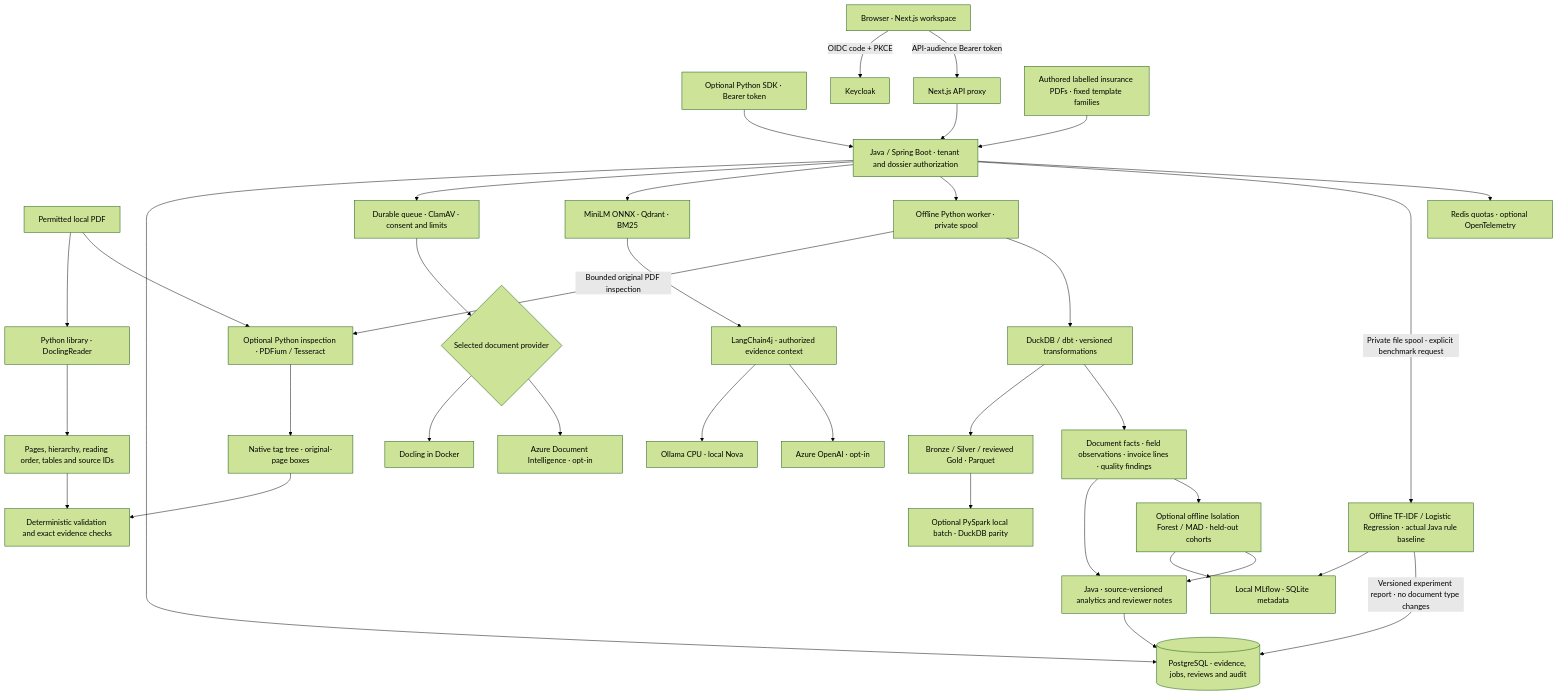
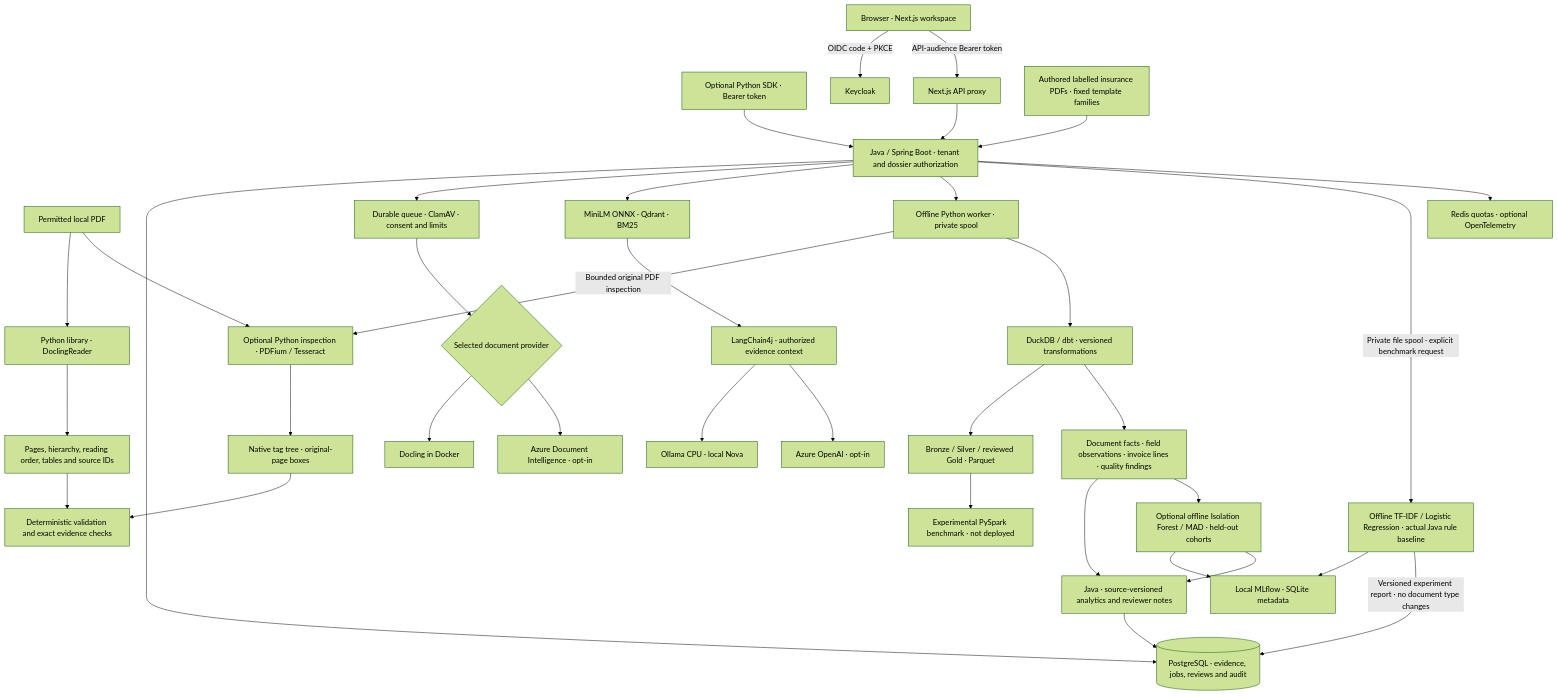
One commit to quocvietphung/document-intelligence-lab changed the diagram in README.md. Above: the diagram before and after it, drawn with Mermaid (forest theme). The commit also changed other lines of this file and 1 other file, not shown here.

First line of the commit message:
docs: document the production stack and the Spark experiment

````diff
--- a/README.md
+++ b/README.md
@@ -371,38 +387,38 @@
 ```mermaid
 flowchart TD
     PDF[Permitted local PDF] --> PY[Python library · DoclingReader]
     PY --> EV[Pages, hierarchy, reading order, tables and source IDs]
     EV --> V[Deterministic validation and exact evidence checks]
     PDF --> INSPECT[Optional Python inspection · PDFium / Tesseract]
     INSPECT --> GEOM[Native tag tree · original-page boxes]
     GEOM --> V
     SDK[Optional Python SDK · Bearer token] --> JAVA
     B[Browser · Next.js workspace] -->|OIDC code + PKCE| K[Keycloak]
     B -->|API-audience Bearer token| N[Next.js API proxy]
     N --> JAVA[Java / Spring Boot · tenant and dossier authorization]
     JAVA --> DB[(PostgreSQL · evidence, jobs, reviews and audit)]
     JAVA --> Q[Durable queue · ClamAV · consent and limits]
     Q --> D{Selected document provider}
     D --> DC[Docling in Docker]
     D --> AZD[Azure Document Intelligence · opt-in]
     JAVA --> R[MiniLM ONNX · Qdrant · BM25]
     R --> LC[LangChain4j · authorized evidence context]
     LC --> OL[Ollama CPU · local Nova]
     LC --> AZO[Azure OpenAI · opt-in]
     JAVA --> ETL[Offline Python worker · private spool]
     ETL -->|Bounded original PDF inspection| INSPECT
     ETL --> DUCK[DuckDB / dbt · versioned transformations]
     DUCK --> LAYERS[Bronze / Silver / reviewed Gold · Parquet]
     DUCK --> FACTS[Document facts · field observations · invoice lines · quality findings]
     FACTS --> PROJECTION[Java · source-versioned analytics and reviewer notes]
     PROJECTION --> DB
     FACTS --> ML[Optional offline Isolation Forest / MAD · held-out cohorts]
     ML --> TRACK[Local MLflow · SQLite metadata]
     ML --> PROJECTION
     CORPUS[Authored labelled insurance PDFs · fixed template families] --> JAVA
     JAVA -->|Private file spool · explicit benchmark request| CLASSIFIER[Offline TF-IDF / Logistic Regression · actual Java rule baseline]
     CLASSIFIER --> TRACK
     CLASSIFIER -->|Versioned experiment report · no document type changes| DB
-    LAYERS --> SPARK[Optional PySpark local batch · DuckDB parity]
+    LAYERS --> SPARK[Experimental PySpark benchmark · not deployed]
     JAVA --> OBS[Redis quotas · optional OpenTelemetry]
 ```
````
